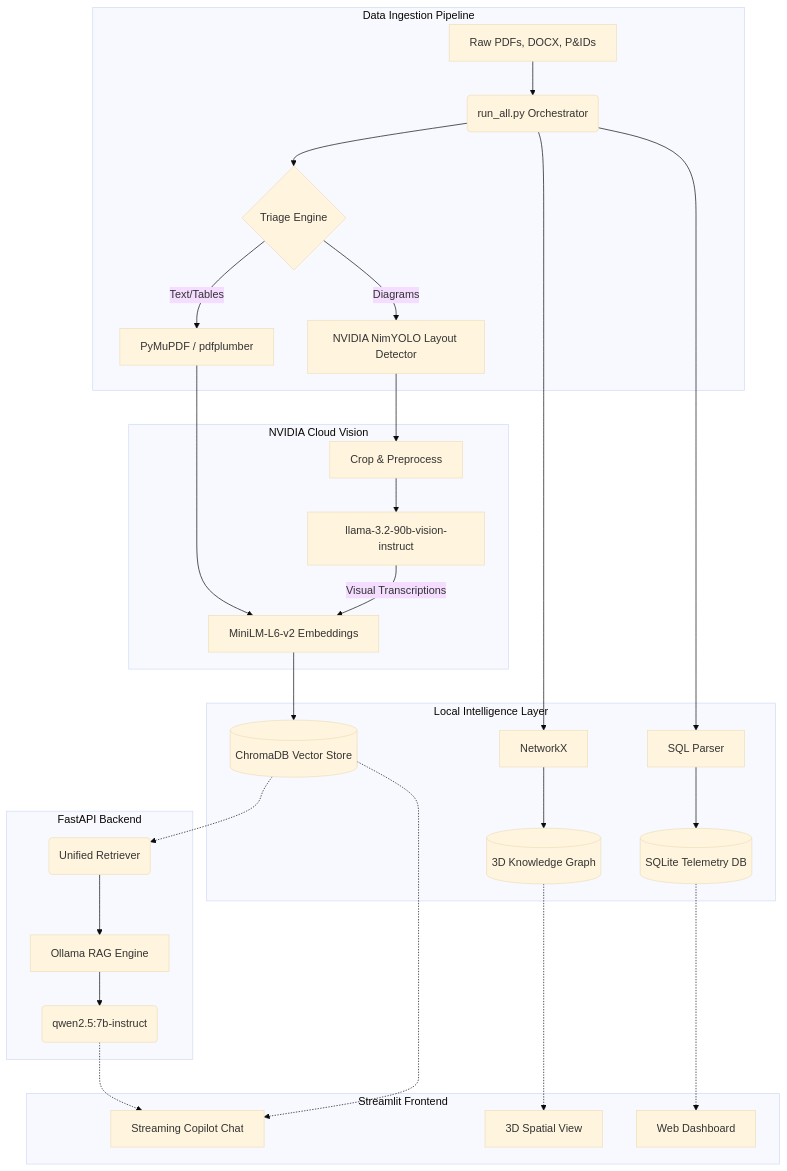
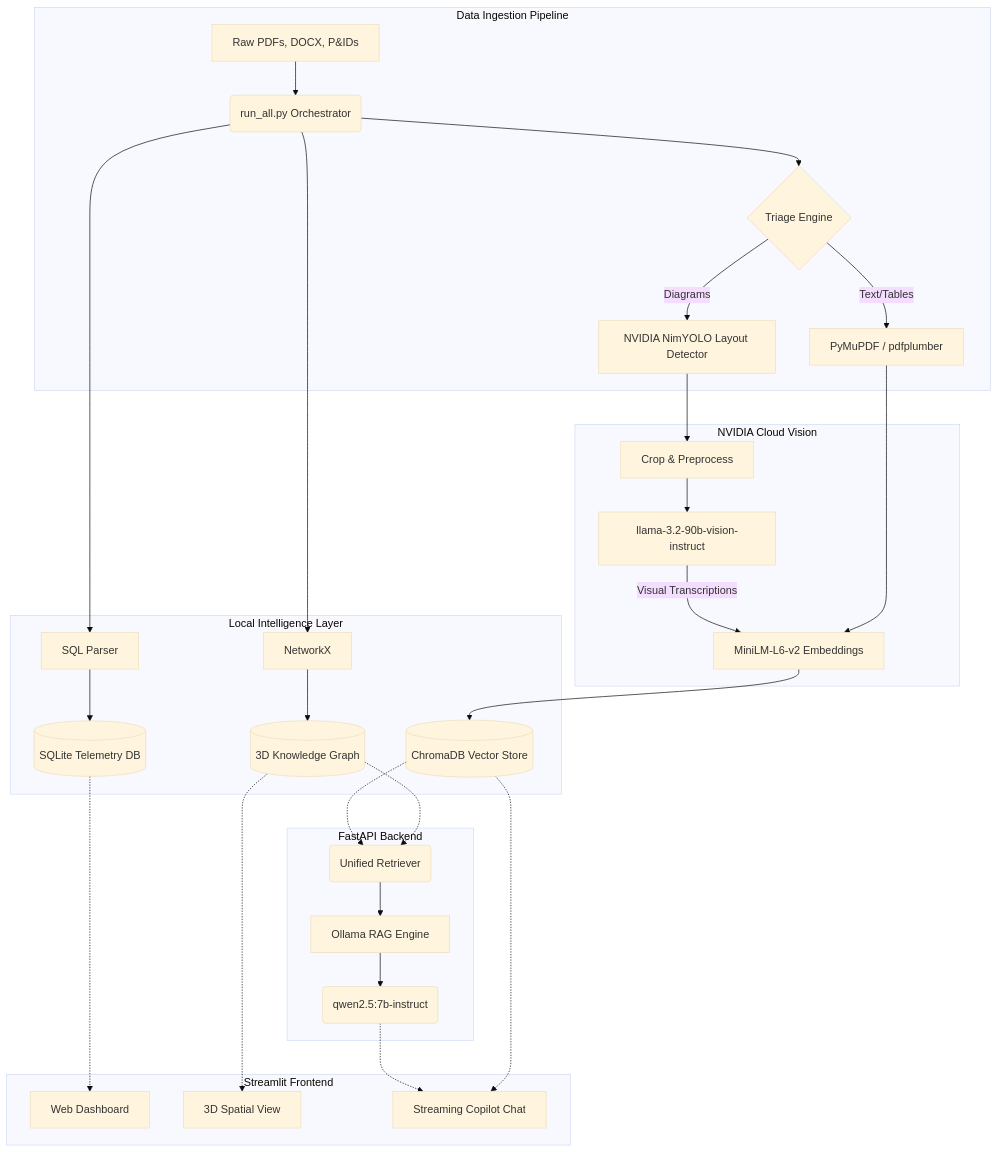
The diagram in REPORT.md (AnjaliKumari3033/et_project), drawn with Mermaid (base theme) before and after one commit. The commit also changed 1 other file, not shown here.

Commit message:
docs: correct diagram to show Knowledge Graph feeding Unified Retriever

````diff
--- a/REPORT.md
+++ b/REPORT.md
@@ -22,43 +22,44 @@
 ```mermaid
 flowchart TD
     subgraph Data Ingestion Pipeline
         A[Raw PDFs, DOCX, P&IDs] --> B(run_all.py Orchestrator)
         B --> C{Triage Engine}
         C -->|Text/Tables| D[PyMuPDF / pdfplumber]
         C -->|Diagrams| E[NVIDIA NimYOLO Layout Detector]
     end
 
     subgraph NVIDIA Cloud Vision
         E --> F[Crop & Preprocess]
         F --> G[llama-3.2-90b-vision-instruct]
         G -->|Visual Transcriptions| H(Vectorization)
     end
 
     subgraph Local Intelligence Layer
         D --> H[MiniLM-L6-v2 Embeddings]
         H --> I[(ChromaDB Vector Store)]
         
         B --> J[NetworkX]
         J --> K[(3D Knowledge Graph)]
         
         B --> L[SQL Parser]
         L --> M[(SQLite Telemetry DB)]
     end
 
     subgraph FastAPI Backend
         I -.-> N(Unified Retriever)
         N --> O[Ollama RAG Engine]
         O --> P(qwen2.5:7b-instruct)
     end
 
     subgraph Streamlit Frontend
         Q[Web Dashboard]
         R[3D Spatial View]
         S[Streaming Copilot Chat]
     end
 
     M -.-> Q
     K -.-> R
+    K -.-> N
     P -.-> S
     I -.-> S
 ```
````
